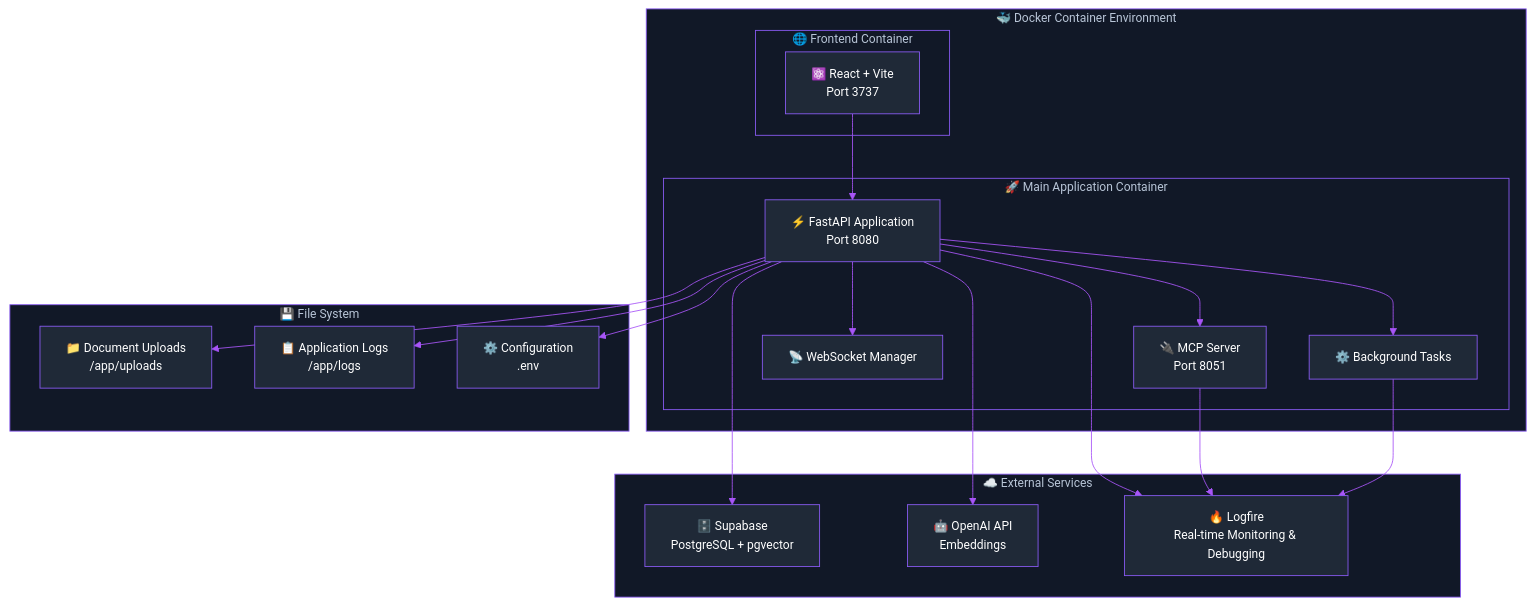
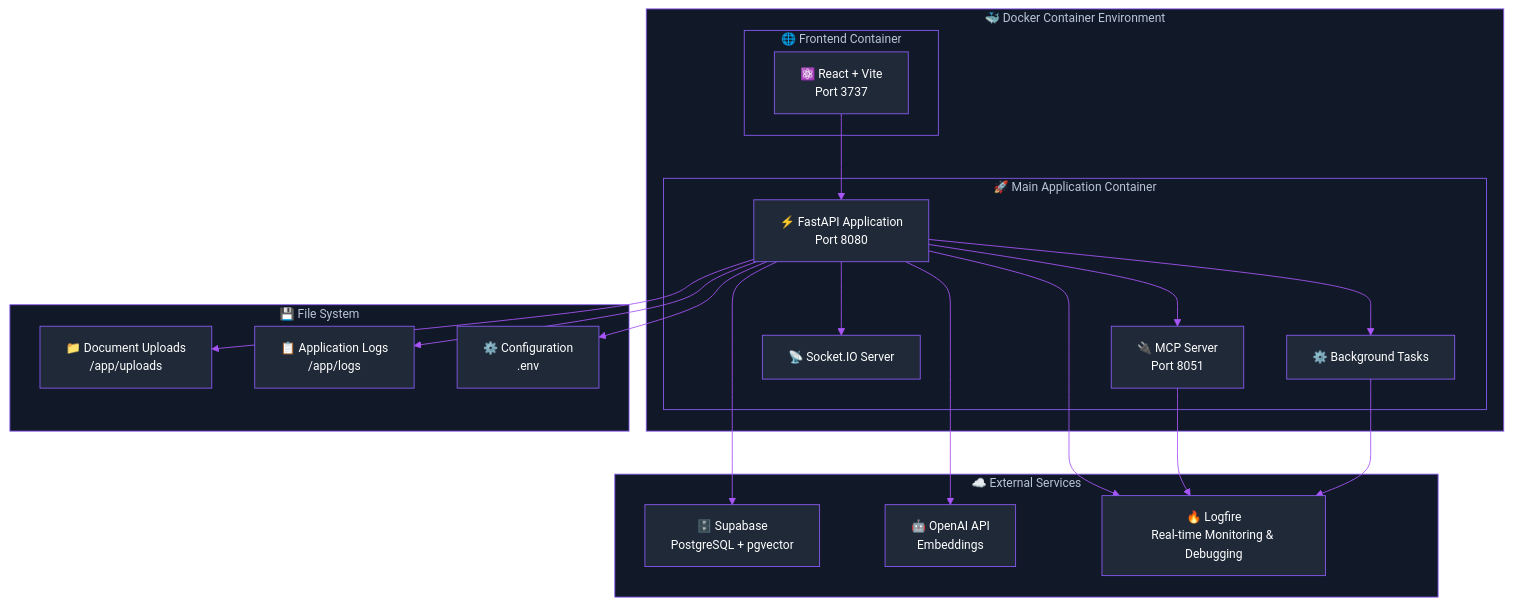
The first of 2 diagrams in docs/docs/server.mdx (tarsonis125/mcp-crawl4ai-rag-ChromaDB-V1), drawn with Mermaid before and after one commit. The commit also changed other lines of this file and 30 other files, not shown here.

Commit message:
refactor: migrate WebSocket to Socket.IO for improved reliability and connection management

````diff
--- a/docs/docs/server.mdx
+++ b/docs/docs/server.mdx
@@ -24,58 +24,58 @@
 ```mermaid
 %%{init:{
   'theme':'base',
   'themeVariables': {
     'primaryColor':'#1f2937',
     'primaryTextColor':'#ffffff',
     'primaryBorderColor':'#8b5cf6',
     'lineColor':'#a855f7',
     'textColor':'#ffffff',
     'fontFamily':'Inter',
     'fontSize':'14px',
     'background':'#000000',
     'mainBkg':'#1f2937',
     'secondBkg':'#111827',
     'borderColor':'#8b5cf6',
     'clusterBkg':'#111827',
     'clusterBorder':'#8b5cf6'
   }
 }}%%
 graph TB
     subgraph "🐳 Docker Container Environment"
         subgraph "🚀 Main Application Container"
             FastAPI["⚡ FastAPI Application<br/>Port 8080"]
             MCP["🔌 MCP Server<br/>Port 8051"]
-            WS["📡 WebSocket Manager"]
+            WS["📡 Socket.IO Server"]
             BG["⚙️ Background Tasks"]
         end
         
         subgraph "🌐 Frontend Container"
             React["⚛️ React + Vite<br/>Port 3737"]
         end
     end
     
     subgraph "☁️ External Services"
         Supabase["🗄️ Supabase<br/>PostgreSQL + pgvector"]
         OpenAI["🤖 OpenAI API<br/>Embeddings"]
         Logfire["🔥 Logfire<br/>Real-time Monitoring & Debugging"]
     end
     
     subgraph "💾 File System"
         Uploads["📁 Document Uploads<br/>/app/uploads"]
         Logs["📋 Application Logs<br/>/app/logs"]
         Config["⚙️ Configuration<br/>.env"]
     end
     
     React --> FastAPI
     FastAPI --> MCP
     FastAPI --> WS
     FastAPI --> BG
     FastAPI --> Supabase
     FastAPI --> OpenAI
     FastAPI --> Logfire
     FastAPI --> Uploads
     FastAPI --> Logs
     FastAPI --> Config
     MCP --> Logfire
     BG --> Logfire
 ```
````
